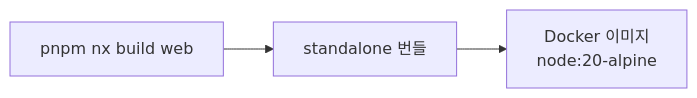
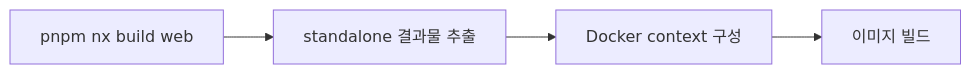
Before and after one commit to neocode24/portfolio: the second of 4 diagrams in src/data/blog/ai-portal-cicd-pipeline.md, drawn with Mermaid. The commit also changed other lines of this file, not shown here.

````diff
--- a/src/data/blog/ai-portal-cicd-pipeline.md
+++ b/src/data/blog/ai-portal-cicd-pipeline.md
@@ -119,4 +148,4 @@
 ```mermaid
 flowchart LR
-    A["pnpm nx build web"] --> B["standalone 번들"] --> C["Docker 이미지<br/>node:20-alpine"]
+    A["pnpm nx build web"] --> B["standalone 결과물 추출"] --> C["Docker context 구성"] --> D["이미지 빌드"]
 ```
````
